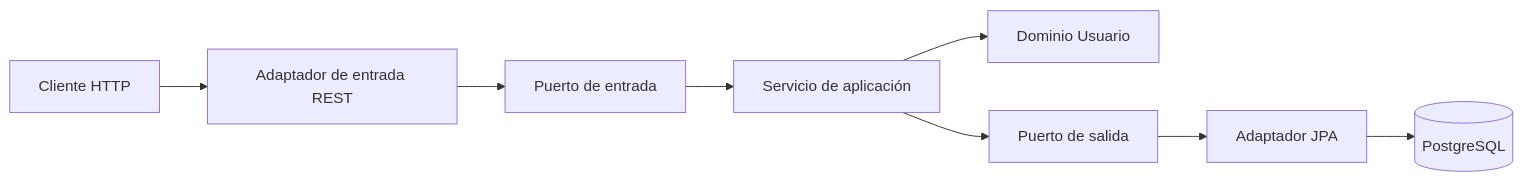
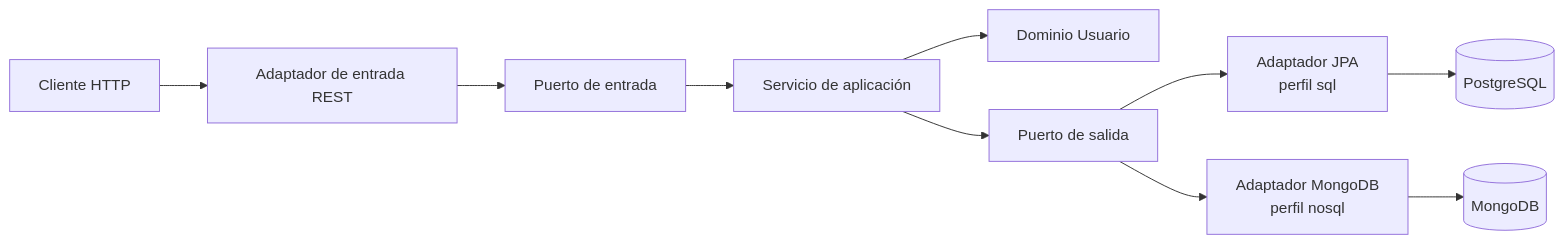
One commit to alkeys/jubilant-doodle-hexagonal changed the diagram in README.md. Above: the diagram before and after it, drawn with Mermaid. The commit also changed other lines of this file and 1 other file, not shown here.

````diff
--- a/README.md
+++ b/README.md
@@ -26,10 +29,12 @@
 ```mermaid
 flowchart LR
     Client[Cliente HTTP] --> Web[Adaptador de entrada REST]
     Web --> InPort[Puerto de entrada]
     InPort --> Service[Servicio de aplicación]
     Service --> Domain[Dominio Usuario]
     Service --> OutPort[Puerto de salida]
-    OutPort --> Jpa[Adaptador JPA]
+    OutPort --> Jpa[Adaptador JPA<br/>perfil sql]
+    OutPort --> Mongo[Adaptador MongoDB<br/>perfil nosql]
     Jpa --> PostgreSQL[(PostgreSQL)]
+    Mongo --> MongoDB[(MongoDB)]
 ```
````
